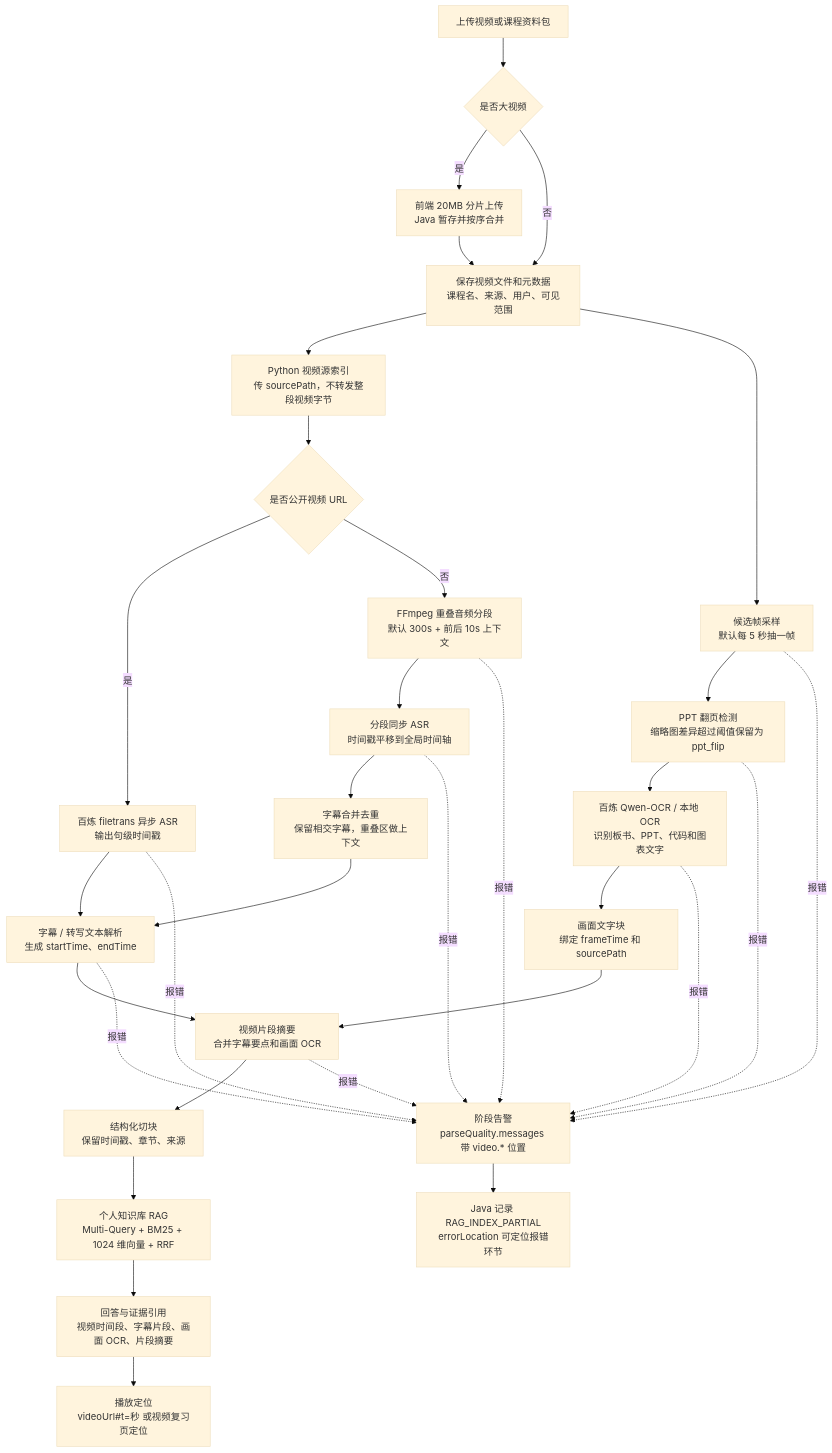
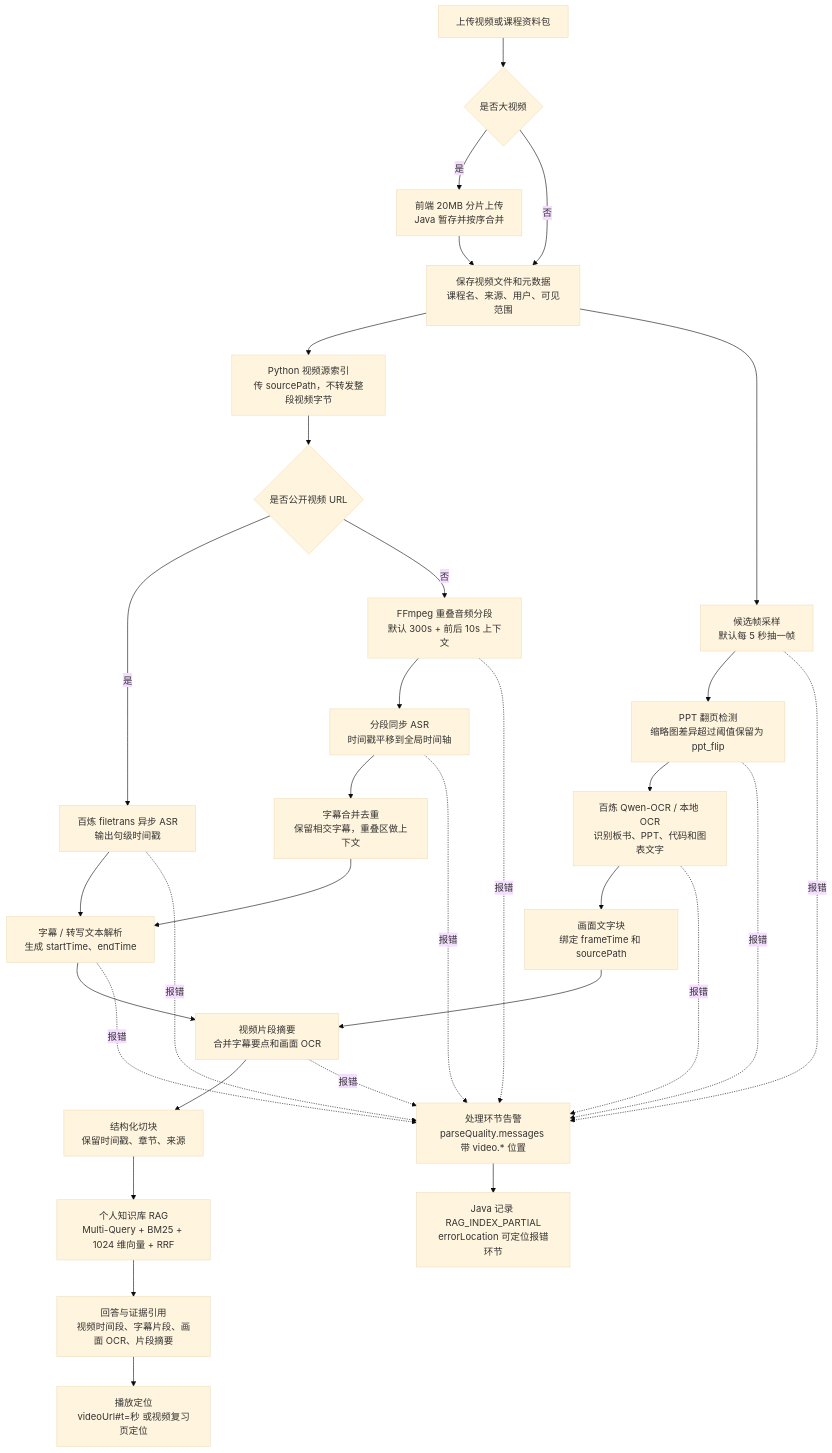
The second of 11 diagrams in README.md (HeWhenJay/Multimodal-RAG-Agent-Learning-Evidence-Platform), drawn with Mermaid (base theme) before and after one commit. The commit also changed other lines of this file, not shown here.

Commit message:
docs: 拆分 README 流程图并清理阶段表述

````diff
--- a/README.md
+++ b/README.md
@@ -97,34 +97,34 @@
 ```mermaid
 flowchart TD
     V0["上传视频或课程资料包"] --> V0A{"是否大视频"}
     V0A -->|"是"| V0B["前端 20MB 分片上传<br/>Java 暂存并按序合并"]
     V0A -->|"否"| V1["保存视频文件和元数据<br/>课程名、来源、用户、可见范围"]
     V0B --> V1
     V1 --> V1A["Python 视频源索引<br/>传 sourcePath，不转发整段视频字节"]
     V1A --> V2{"是否公开视频 URL"}
     V2 -->|"是"| V3["百炼 filetrans 异步 ASR<br/>输出句级时间戳"]
     V2 -->|"否"| V2A["FFmpeg 重叠音频分段<br/>默认 300s + 前后 10s 上下文"]
     V2A --> V3A["分段同步 ASR<br/>时间戳平移到全局时间轴"]
     V3A --> V3B["字幕合并去重<br/>保留相交字幕，重叠区做上下文"]
     V1 --> V4["候选帧采样<br/>默认每 5 秒抽一帧"]
     V4 --> V4A["PPT 翻页检测<br/>缩略图差异超过阈值保留为 ppt_flip"]
     V4A --> V5["百炼 Qwen-OCR / 本地 OCR<br/>识别板书、PPT、代码和图表文字"]
     V3 --> V6["字幕 / 转写文本解析<br/>生成 startTime、endTime"]
     V3B --> V6
     V5 --> V7["画面文字块<br/>绑定 frameTime 和 sourcePath"]
     V6 --> V8["视频片段摘要<br/>合并字幕要点和画面 OCR"]
     V7 --> V8
     V8 --> V9["结构化切块<br/>保留时间戳、章节、来源"]
-    V2A -.报错.-> VERR["阶段告警<br/>parseQuality.messages 带 video.* 位置"]
+    V2A -.报错.-> VERR["处理环节告警<br/>parseQuality.messages 带 video.* 位置"]
     V3 -.报错.-> VERR
     V3A -.报错.-> VERR
     V4 -.报错.-> VERR
     V4A -.报错.-> VERR
     V5 -.报错.-> VERR
     V6 -.报错.-> VERR
     V8 -.报错.-> VERR
     VERR --> VLOG["Java 记录 RAG_INDEX_PARTIAL<br/>errorLocation 可定位报错环节"]
     V9 --> V10["个人知识库 RAG<br/>Multi-Query + BM25 + 1024 维向量 + RRF"]
     V10 --> V11["回答与证据引用<br/>视频时间段、字幕片段、画面 OCR、片段摘要"]
     V11 --> V12["播放定位<br/>videoUrl#t=秒 或视频复习页定位"]
 ```
````
